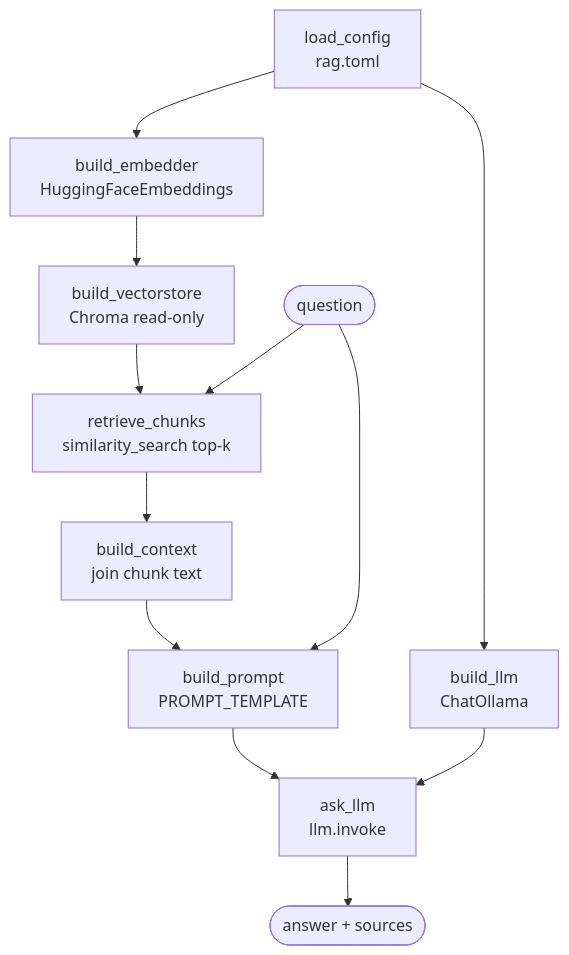
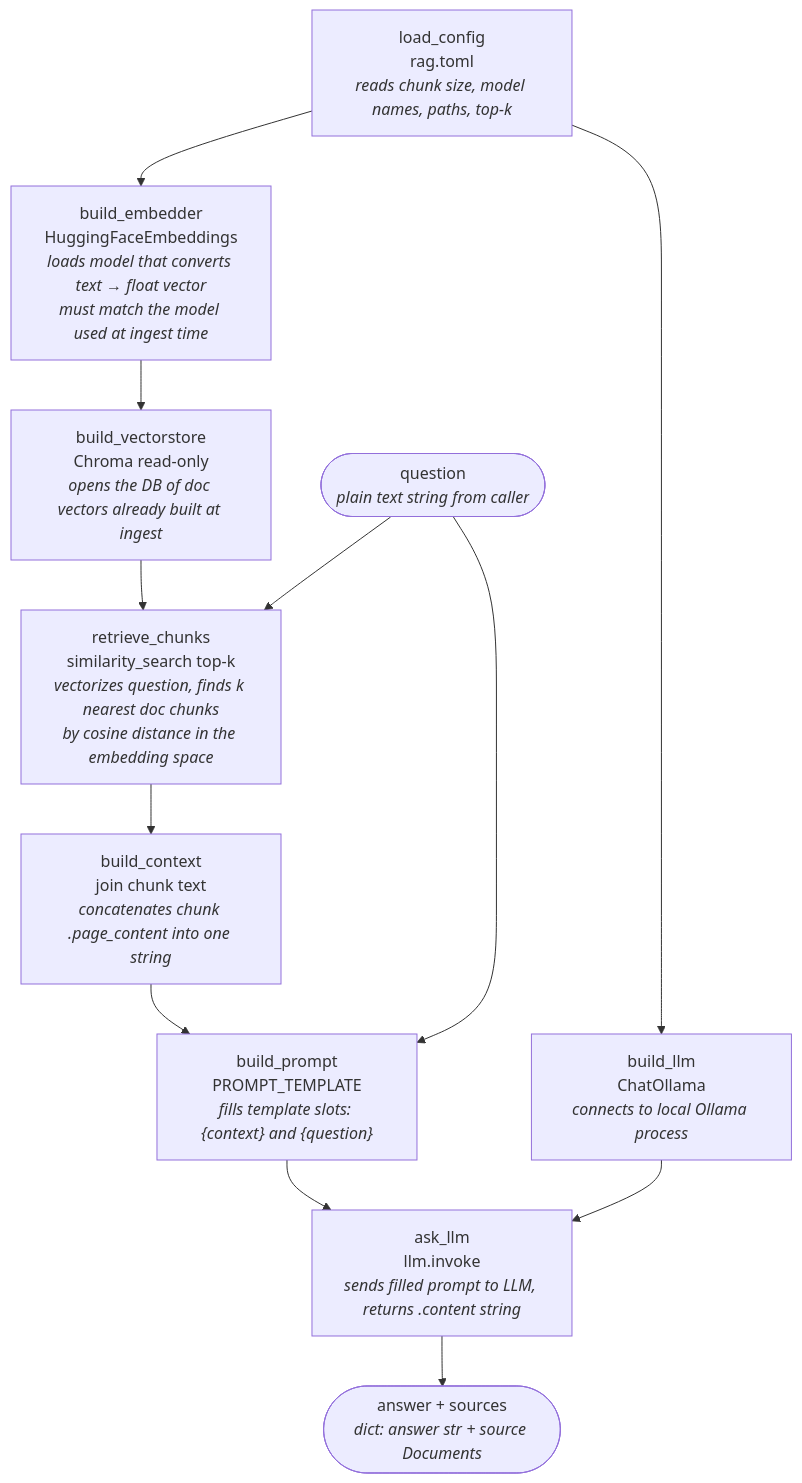
The second of 3 diagrams in query.md (garthmortensen/rag_v4), drawn with Mermaid before and after one commit. The commit also changed other lines of this file and 12 other files, not shown here.

````diff
--- a/query.md
+++ b/query.md
@@ -20,23 +53,23 @@
 ```mermaid
 flowchart TD
-    CFG["load_config<br/>rag.toml"]
-    EMB["build_embedder<br/>HuggingFaceEmbeddings"]
-    VS["build_vectorstore<br/>Chroma read-only"]
-    LLM["build_llm<br/>ChatOllama"]
-    Q([question])
-    RET["retrieve_chunks<br/>similarity_search top-k"]
-    CTX["build_context<br/>join chunk text"]
-    PRM["build_prompt<br/>PROMPT_TEMPLATE"]
-    ASK["ask_llm<br/>llm.invoke"]
-    RES([answer + sources])
+    CFG["load_config<br/>rag.toml<br/><i>reads chunk size, model names, paths, top-k</i>"]
+    EMB["build_embedder<br/>HuggingFaceEmbeddings<br/><i>loads model that converts text → float vector<br/>must match the model used at ingest time</i>"]
+    VS["build_vectorstore<br/>Chroma read-only<br/><i>opens the DB of doc vectors already built at ingest</i>"]
+    LLM["build_llm<br/>ChatOllama<br/><i>connects to local Ollama process</i>"]
+    Q([question<br/><i>plain text string from caller</i>])
+    RET["retrieve_chunks<br/>similarity_search top-k<br/><i>vectorizes question, finds k nearest doc chunks<br/>by cosine distance in the embedding space</i>"]
+    CTX["build_context<br/>join chunk text<br/><i>concatenates chunk .page_content into one string</i>"]
+    PRM["build_prompt<br/>PROMPT_TEMPLATE<br/><i>fills template slots: {context} and {question}</i>"]
+    ASK["ask_llm<br/>llm.invoke<br/><i>sends filled prompt to LLM, returns .content string</i>"]
+    RES([answer + sources<br/><i>dict: answer str + source Documents</i>])
 
     CFG --> EMB --> VS
     CFG --> LLM
     Q --> RET
     VS --> RET
     RET --> CTX --> PRM
     Q --> PRM
     PRM --> ASK
     LLM --> ASK
     ASK --> RES
 ```
````
